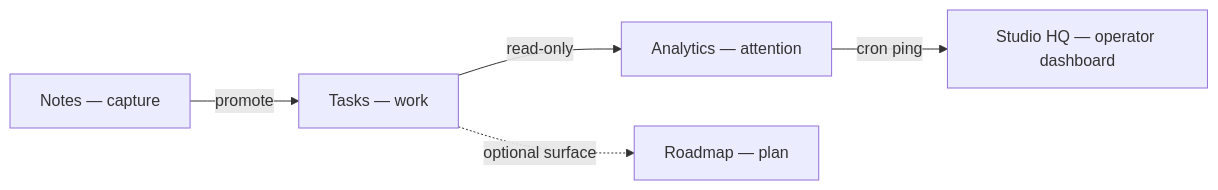
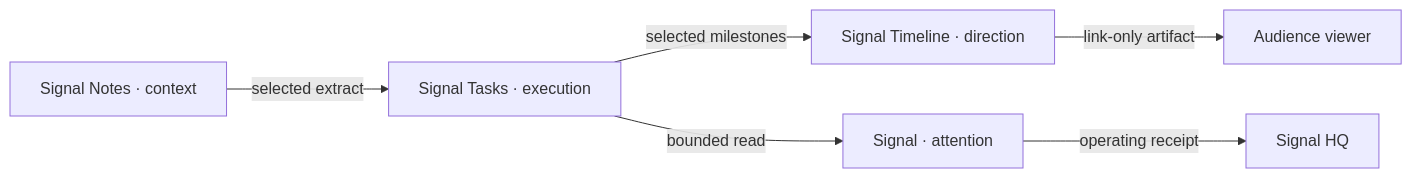
One commit to ethanmcn2013-droid/studio changed the diagram in content/atlas/five-products-as-a-system.md. Above: the diagram before and after it, drawn with Mermaid. The commit also changed other lines of this file and 23 other files, not shown here.

Commit message:
feat(timeline): preserve branded artifact links

````diff
--- a/content/atlas/five-products-as-a-system.md
+++ b/content/atlas/five-products-as-a-system.md
@@ -29,7 +29,8 @@
 ```mermaid
 flowchart LR
-  N[Notes — capture] -->|promote| T[Tasks — work]
-  T -->|read-only| A[Analytics — attention]
-  T -.->|optional surface| R[Roadmap — plan]
-  A -->|cron ping| ST[Studio HQ — operator dashboard]
+  N[Signal Notes · context] -->|selected extract| T[Signal Tasks · execution]
+  T -->|selected milestones| R[Signal Timeline · direction]
+  T -->|bounded read| S[Signal · attention]
+  R -->|link-only artifact| V[Audience viewer]
+  S -->|operating receipt| H[Signal HQ]
 ```
````
